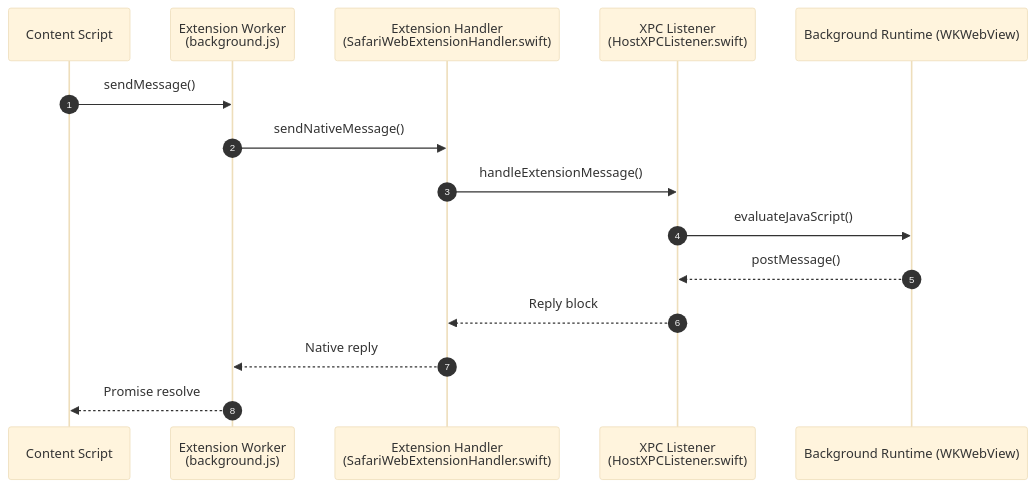
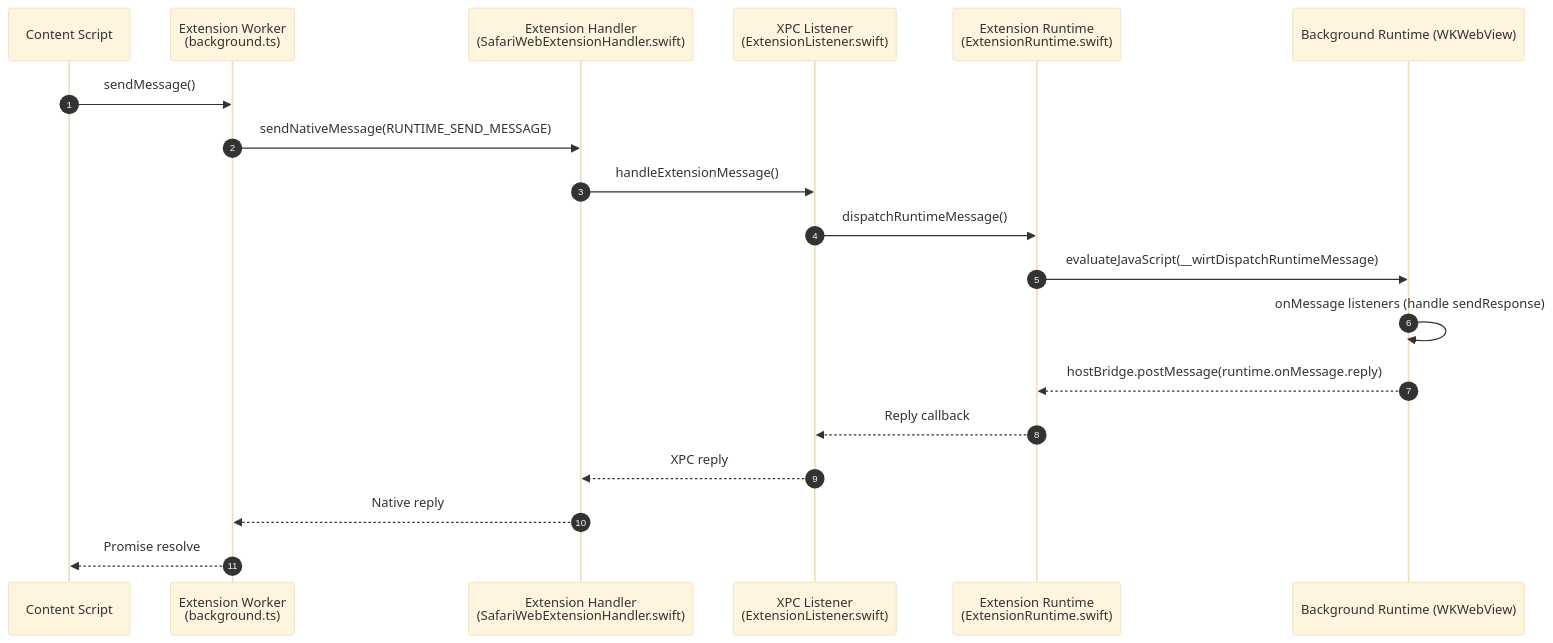
One commit to easonwong-de/Wirt changed the fifth of 7 diagrams in docs/architecture.md. Above: the diagram before and after it, drawn with Mermaid (base theme). The commit also changed other lines of this file and 2 other files, not shown here.

Commit message:
docs: update system architecture and contributing guide

````diff
--- a/docs/architecture.md
+++ b/docs/architecture.md
@@ -163,18 +175,22 @@
 ```mermaid
 sequenceDiagram
     autonumber
     participant Content as Content Script
-    participant Worker as Extension Worker<br/>(background.js)
+    participant Worker as Extension Worker<br/>(background.ts)
     participant Handler as Extension Handler<br/>(SafariWebExtensionHandler.swift)
-    participant Listener as XPC Listener<br/>(HostXPCListener.swift)
-    participant Runtime as Background Runtime (WKWebView)
+    participant Listener as XPC Listener<br/>(ExtensionListener.swift)
+    participant Runtime as Extension Runtime<br/>(ExtensionRuntime.swift)
+    participant WebView as Background Runtime (WKWebView)
 
     Content->>Worker: sendMessage()
-    Worker->>Handler: sendNativeMessage()
+    Worker->>Handler: sendNativeMessage(RUNTIME_SEND_MESSAGE)
     Handler->>Listener: handleExtensionMessage()
-    Listener->>Runtime: evaluateJavaScript()
-    Runtime-->>Listener: postMessage()
-    Listener-->>Handler: Reply block
+    Listener->>Runtime: dispatchRuntimeMessage()
+    Runtime->>WebView: evaluateJavaScript(__wirtDispatchRuntimeMessage)
+    WebView->>WebView: onMessage listeners (handle sendResponse)
+    WebView-->>Runtime: hostBridge.postMessage(runtime.onMessage.reply)
+    Runtime-->>Listener: Reply callback
+    Listener-->>Handler: XPC reply
     Handler-->>Worker: Native reply
     Worker-->>Content: Promise resolve
 ```
````
